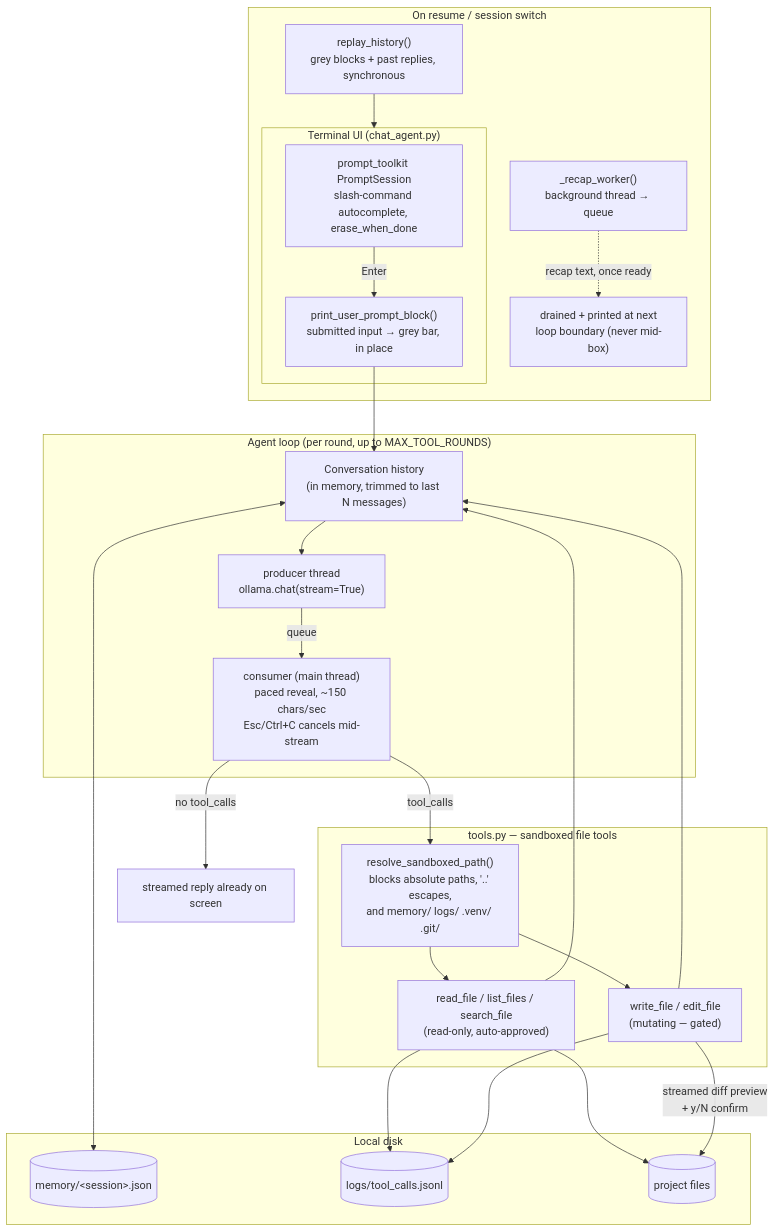
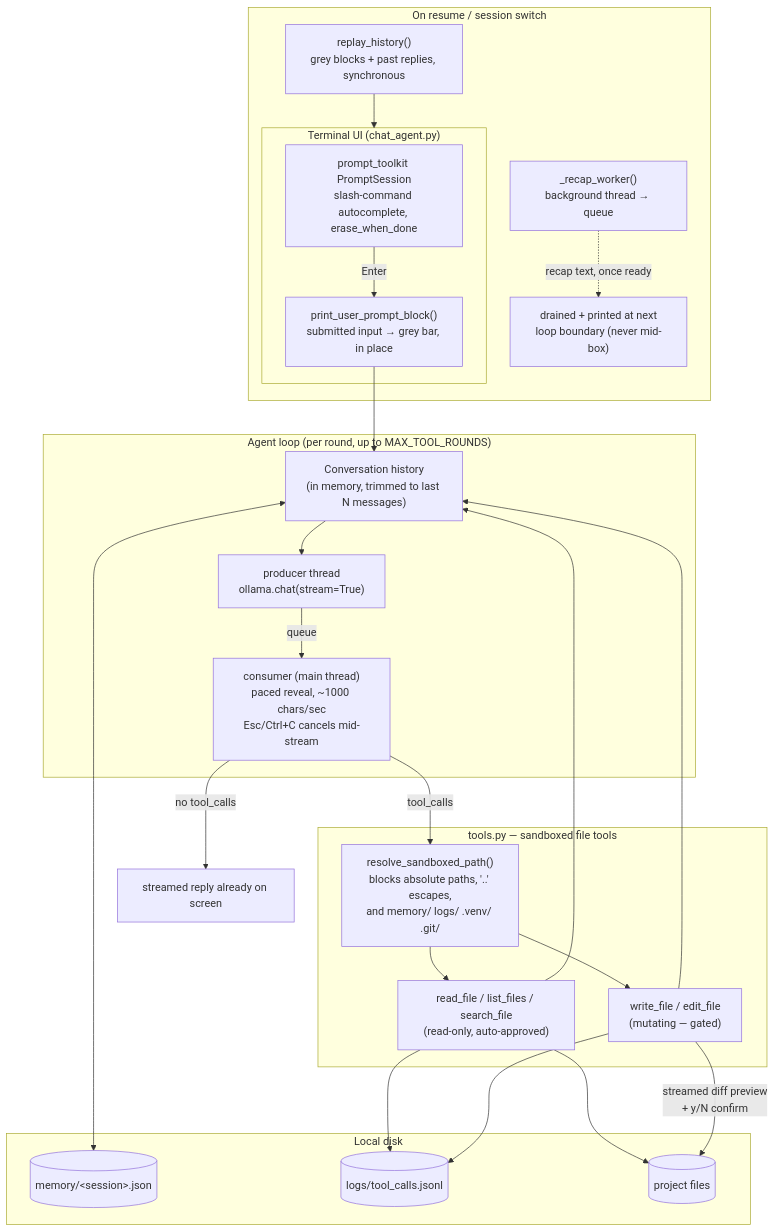
Before and after one commit to HarishKumar-2004/Forge: the diagram in README.md, drawn with Mermaid. The commit also changed 25 other files, not shown here.

````diff
--- a/README.md
+++ b/README.md
@@ -29,45 +29,45 @@
 ```mermaid
 flowchart TB
     subgraph Resume["On resume / session switch"]
         RH["replay_history()<br/>grey blocks + past replies, synchronous"]
         RW2["_recap_worker()<br/>background thread → queue"]
         RH --> Live
         RW2 -.->|"recap text, once ready"| Drain["drained + printed at next<br/>loop boundary (never mid-box)"]
     end
 
     subgraph Live["Terminal UI (chat_agent.py)"]
         P["prompt_toolkit PromptSession<br/>slash-command autocomplete, erase_when_done"]
         GB["print_user_prompt_block()<br/>submitted input → grey bar, in place"]
         P -->|Enter| GB
     end
 
     subgraph Core["Agent loop (per round, up to MAX_TOOL_ROUNDS)"]
         H["Conversation history<br/>(in memory, trimmed to last N messages)"]
         Prod["producer thread<br/>ollama.chat(stream=True)"]
-        Cons["consumer (main thread)<br/>paced reveal, ~150 chars/sec<br/>Esc/Ctrl+C cancels mid-stream"]
+        Cons["consumer (main thread)<br/>paced reveal, ~1000 chars/sec<br/>Esc/Ctrl+C cancels mid-stream"]
         Prod -->|queue| Cons
     end
 
     subgraph Tools["tools.py — sandboxed file tools"]
         S["resolve_sandboxed_path()<br/>blocks absolute paths, '..' escapes,<br/>and memory/ logs/ .venv/ .git/"]
         RO["read_file / list_files / search_file<br/>(read-only, auto-approved)"]
         RWX["write_file / edit_file<br/>(mutating — gated)"]
     end
 
     subgraph Disk["Local disk"]
         MEM[("memory/&lt;session&gt;.json")]
         LOG[("logs/tool_calls.jsonl")]
         FS[("project files")]
     end
 
     GB --> H --> Prod
     Cons -->|no tool_calls| Done["streamed reply already on screen"]
     Cons -->|tool_calls| S
     S --> RO --> FS
     S --> RWX -->|"streamed diff preview<br/>+ y/N confirm"| FS
     RO --> LOG
     RWX --> LOG
     RO --> H
     RWX --> H
     H <--> MEM
 ```
````
